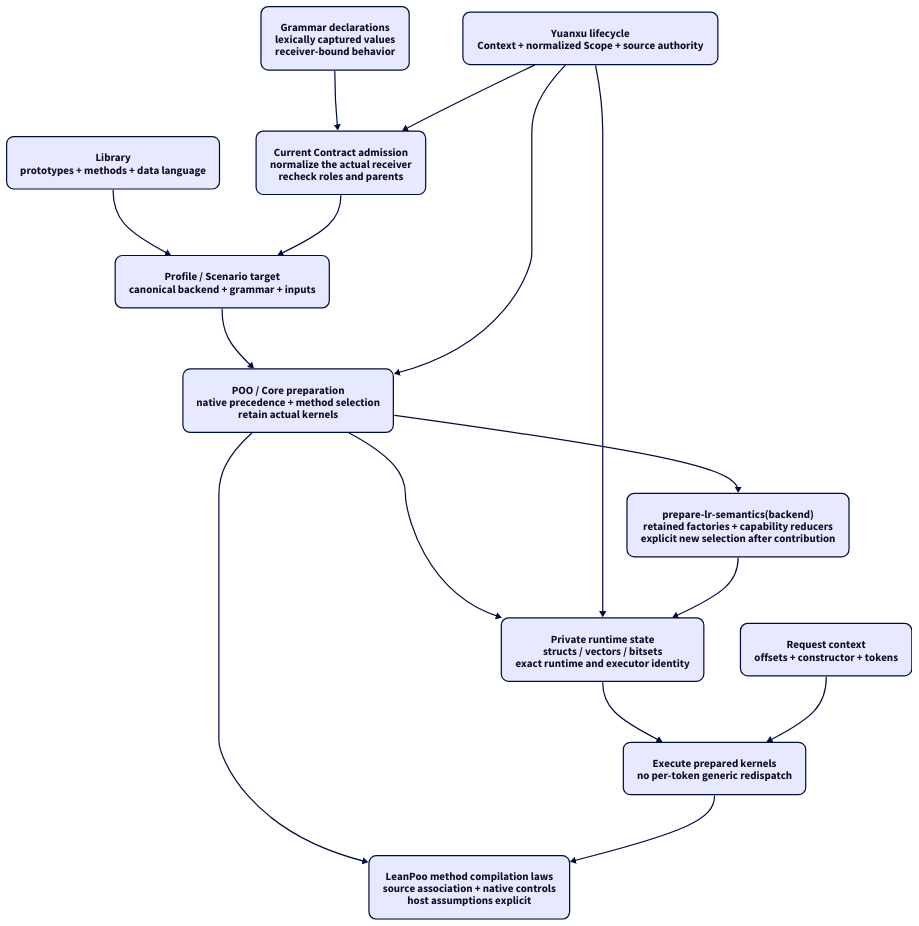
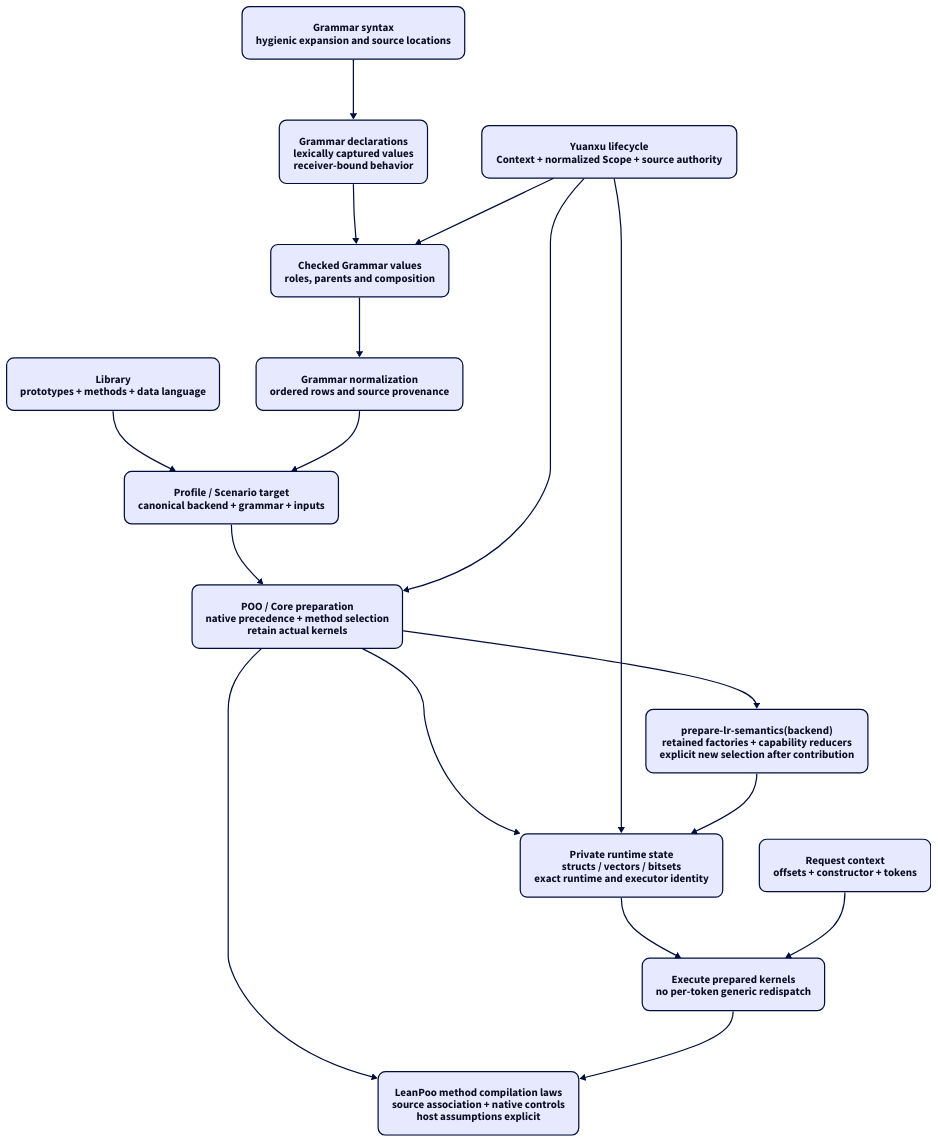
One commit to tao3k/gerbil-parser changed the diagram in docs/architecture/poo-engine.d2. Above: the diagram before and after it, drawn with D2. The commit also changed 11 other files, not shown here.

Commit message:
Index ordered grammar normalization and isolate construction benchmarks

```diff
--- a/docs/architecture/poo-engine.d2
+++ b/docs/architecture/poo-engine.d2
@@ -1,39 +1,41 @@
 direction: down
 vars: {
   d2-config: {
     theme-id: 3
     pad: 32
   }
 }
 classes: {
   boundary: {
     style: {
       border-radius: 12
       font-size: 18
     }
   }
 }
 *: {class: boundary}
 library: "Library\nprototypes + methods + data language"
 selection: "Profile / Scenario target\ncanonical backend + grammar + inputs"
 prepare: "POO / Core preparation\nnative precedence + method selection\nretain actual kernels"
 state: "Private runtime state\nstructs / vectors / bitsets\nexact runtime and executor identity"
 request: "Request context\noffsets + constructor + tokens"
 execute: "Execute prepared kernels\nno per-token generic redispatch"
 proof: "LeanPoo method compilation laws\nsource association + native controls\nhost assumptions explicit"
 library -> selection -> prepare -> state
 state -> execute
 request -> execute
 prepare -> proof
 execute -> proof
 lifecycle: "Yuanxu lifecycle\nContext + normalized Scope + source authority"
 lifecycle -> prepare
 lifecycle -> state
 
 selection_result: "prepare-lr-semantics(backend)\nretained factories + capability reducers\nexplicit new selection after contribution"
 prepare -> selection_result -> state
 
 declarations: "Grammar declarations\nlexically captured values\nreceiver-bound behavior"
-admission: "Current Contract admission\nnormalize the actual receiver\nrecheck roles and parents"
-declarations -> admission -> selection
+syntax: "Grammar syntax\nhygienic expansion and source locations"
+admission: "Checked Grammar values\nroles, parents and composition"
+normalization: "Grammar normalization\nordered rows and source provenance"
+syntax -> declarations -> admission -> normalization -> selection
 lifecycle -> admission
```
